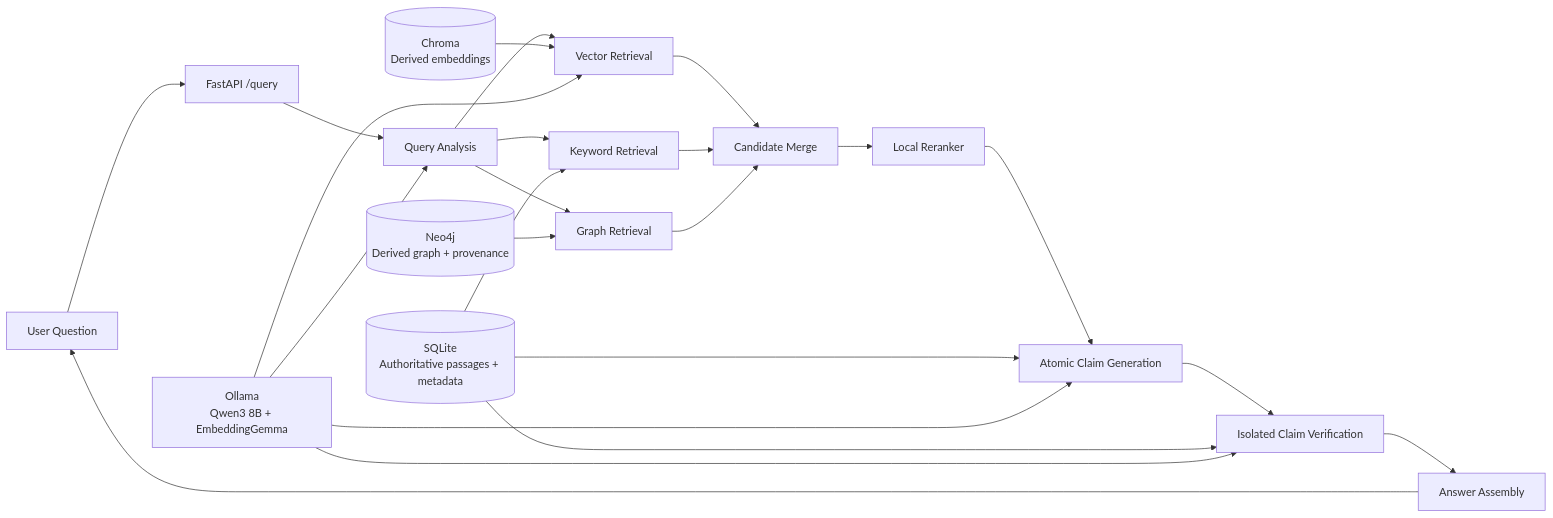
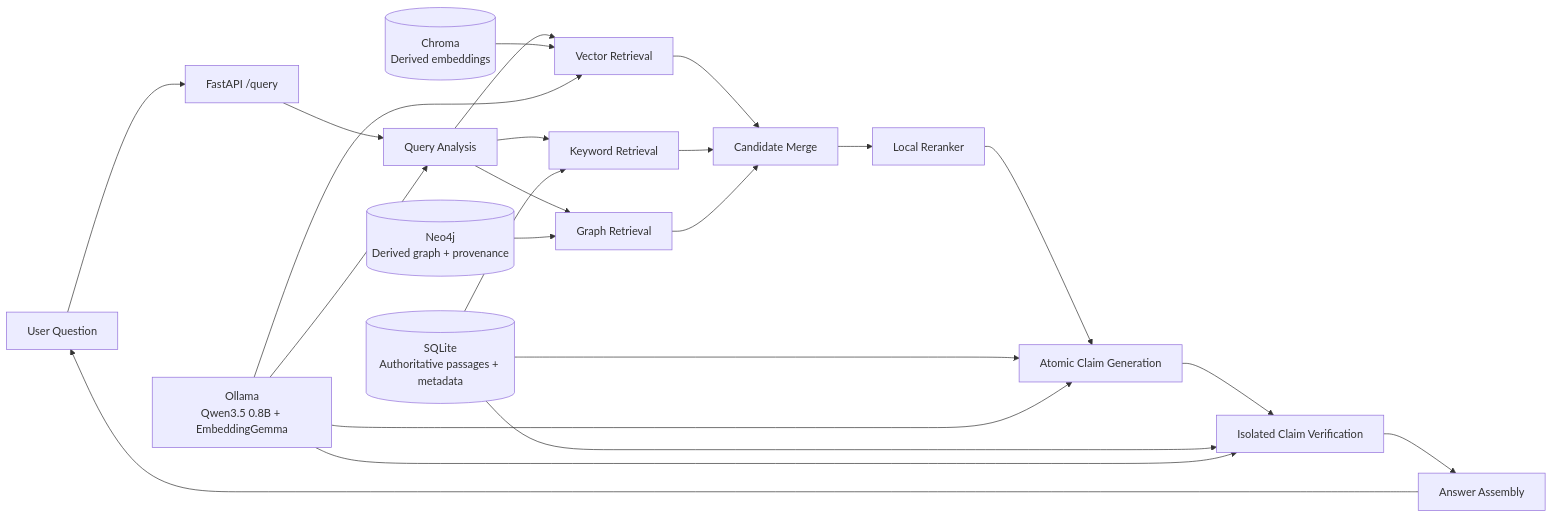
One commit to Yesnt6/legal_rag changed the first of 4 diagrams in legalRAG/docs/BLUEPRINT.md. Above: the diagram before and after it, drawn with Mermaid. The commit also changed other lines of this file and 7 other files, not shown here.

````diff
--- a/legalRAG/docs/BLUEPRINT.md
+++ b/legalRAG/docs/BLUEPRINT.md
@@ -63,26 +63,26 @@
 ```mermaid
 flowchart LR
     User["User Question"] --> API["FastAPI /query"]
     API --> QA["Query Analysis"]
     QA --> VR["Vector Retrieval"]
     QA --> KR["Keyword Retrieval"]
     QA --> GR["Graph Retrieval"]
     VR --> Merge["Candidate Merge"]
     KR --> Merge
     GR --> Merge
     Merge --> Rank["Local Reranker"]
     Rank --> Generate["Atomic Claim Generation"]
     Generate --> Verify["Isolated Claim Verification"]
     Verify --> Assemble["Answer Assembly"]
     Assemble --> User
 
     SQLite[("SQLite\nAuthoritative passages + metadata")] --> KR
     SQLite --> Generate
     SQLite --> Verify
     Chroma[("Chroma\nDerived embeddings")] --> VR
     Neo4j[("Neo4j\nDerived graph + provenance")] --> GR
-    Ollama["Ollama\nQwen3 8B + EmbeddingGemma"] --> QA
+    Ollama["Ollama\nQwen3.5 0.8B + EmbeddingGemma"] --> QA
     Ollama --> VR
     Ollama --> Generate
     Ollama --> Verify
 ```
````
